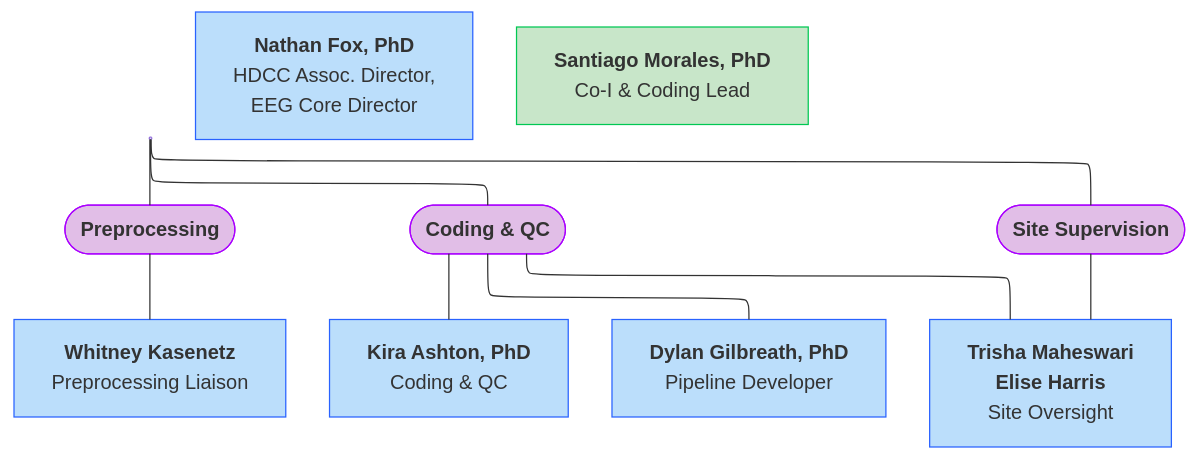
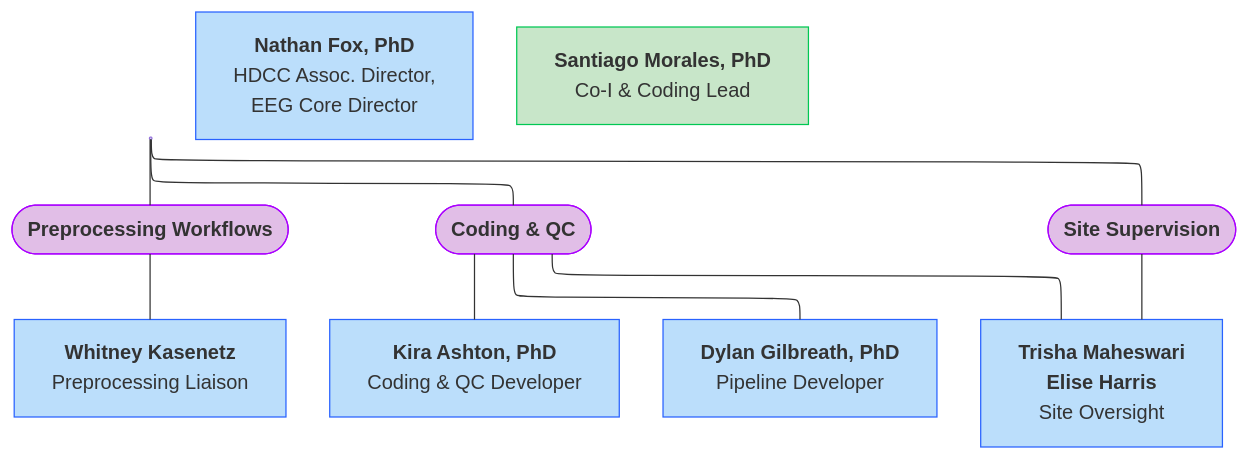
The diagram in docs/orgcharts/mermaid/umd.mmd (DCAN-Labs/hbcd-docs-internal), drawn with Mermaid before and after one commit. The commit also changed 2 other files, not shown here.

Commit message:
update UMD OC based on feedback from Nathan

```diff
--- a/docs/orgcharts/mermaid/umd.mmd
+++ b/docs/orgcharts/mermaid/umd.mmd
@@ -1,24 +1,24 @@
 ---
 config:
   layout: elk
 ---
 flowchart TB
-    n16["<b>Nathan Fox, PhD</b><br>Associate Dir, EEG Data Core"] --- n17(["<b>Preprocessing</b>"]) & n19(["<b>Coding &amp; QC</b>"]) & n29(["<b>Site Supervision</b>"])
+    n16["<b>Nathan Fox, PhD</b><br>Associate Dir, EEG Data Core"] --- n17(["<b>Preprocessing Workflows</b>"]) & n19(["<b>Coding &amp; QC</b>"]) & n29(["<b>Site Supervision</b>"])
     n17 --- n18["<b>Whitney Kasenetz</b><br>Preprocessing Liaison"]
-    n19 --- n27["<b>Kira Ashton, PhD</b><br>Coding &amp; QC"] & n28["<b>Dylan Gilbreath, PhD</b><br>Pipeline Developer"] & n30["<b>Trisha Maheswari</b><br><b>Elise Harris</b><br>Site Oversight"]
+    n19 --- n27["<b>Kira Ashton, PhD</b><br>Coding &amp; QC Developer"] & n28["<b>Dylan Gilbreath, PhD</b><br>Pipeline Developer"] & n30["<b>Trisha Maheswari</b><br><b>Elise Harris</b><br>Site Oversight"]
     n29 --- n30
     n32@{ label: "<b>Nathan Fox, PhD</b><br><span style=\"color:\">HDCC Assoc. Director,<br>EEG Core Director</span>" }
     n33["<b>Santiago Morales, PhD</b><br>Co-I &amp; Coding Lead"]
     n16@{ shape: anchor}
     n32@{ shape: rect}
     n33@{ shape: rect}
     style n16 fill:#BBDEFB,stroke:#2962FF
     style n17 fill:#E1BEE7,stroke:#AA00FF
     style n19 fill:#E1BEE7,stroke:#AA00FF
     style n29 fill:#E1BEE7,stroke:#AA00FF
     style n18 fill:#BBDEFB,stroke:#2962FF
     style n27 fill:#BBDEFB,stroke:#2962FF
     style n28 fill:#BBDEFB,stroke:#2962FF
     style n30 fill:#BBDEFB,stroke:#2962FF
     style n32 fill:#BBDEFB,stroke:#2962FF
     style n33 fill:#C8E6C9,stroke:#00C853
```
